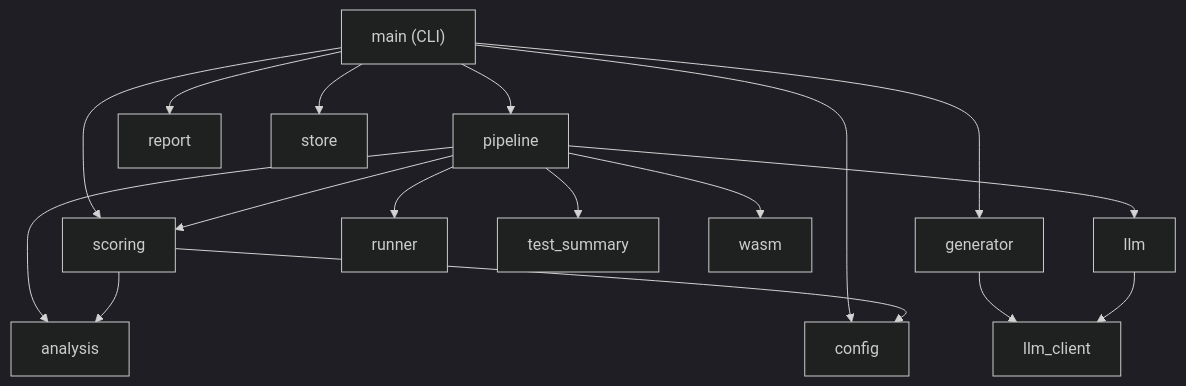
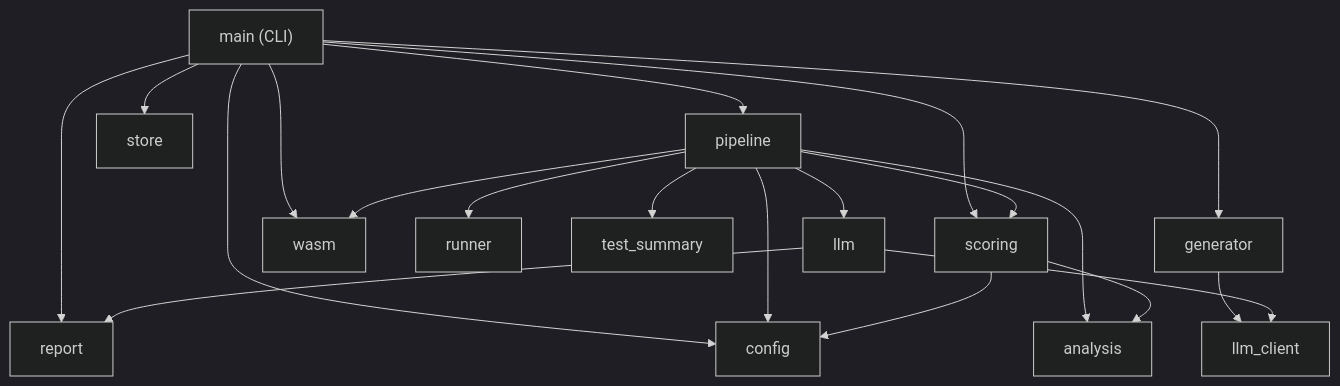
The diagram in docs/design.md (flipslidersand-labs/safecode-arena), drawn with Mermaid (dark theme) before and after one commit. The commit also changed other lines of this file, not shown here.

Commit message:
docs(design): 構成図の欠けた依存と evaluate / generate の流れを実装に合わせる

````diff
--- a/docs/design.md
+++ b/docs/design.md
@@ -9,19 +9,22 @@
 ```mermaid
 flowchart TD
     main["main (CLI)"] --> config
     main --> generator
     main --> pipeline
     main --> scoring
     main --> report
     main --> store
+    main --> wasm
     generator --> llm_client
     pipeline --> runner
     pipeline --> analysis
     pipeline --> test_summary
     pipeline --> wasm
     pipeline --> llm
     pipeline --> scoring
+    pipeline --> config
     llm --> llm_client
+    llm --> report
     scoring --> analysis
     scoring --> config
 ```
````
